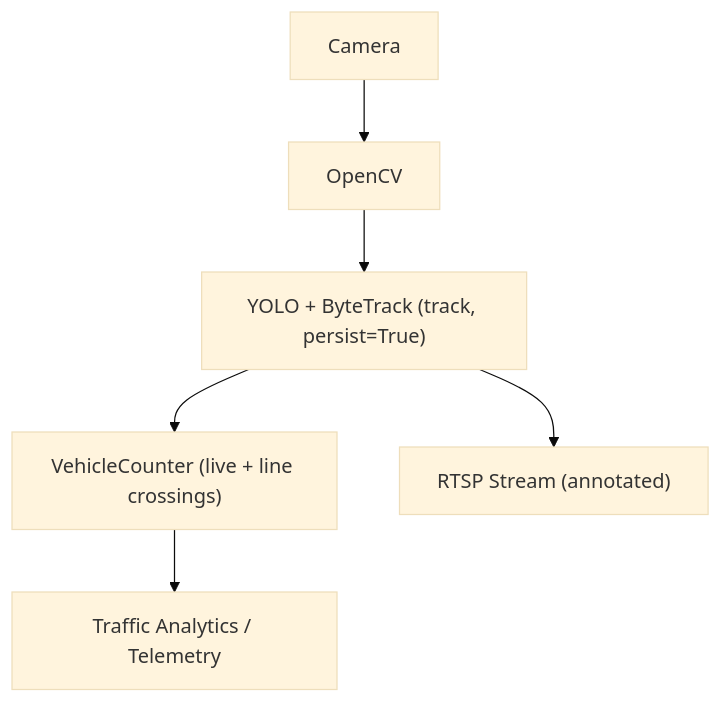
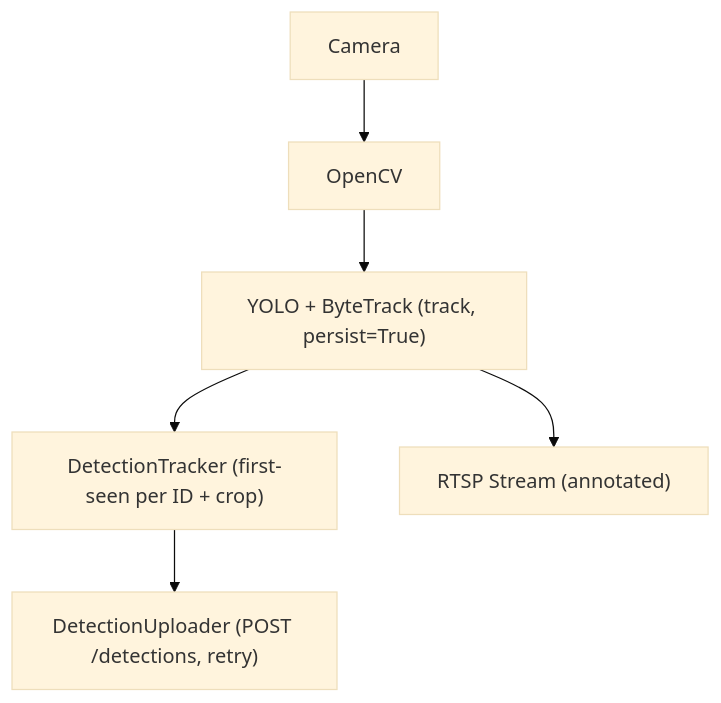
Before and after one commit to vclane/vclane-docs: the second of 3 diagrams in docs/edge-device.md, drawn with Mermaid (base theme). The commit also changed other lines of this file and 9 other files, not shown here.

Commit message:
docs: no-count edge, unified detection module, queue gate on POST /detections (2.7.0)

````diff
--- a/docs/edge-device.md
+++ b/docs/edge-device.md
@@ -88,8 +86,8 @@
 ```mermaid
 graph TD
     Camera --> OpenCV
     OpenCV --> TRACK["YOLO + ByteTrack (track, persist=True)"]
-    TRACK --> Counter["VehicleCounter (live + line crossings)"]
-    Counter --> Analytics["Traffic Analytics / Telemetry"]
+    TRACK --> Detect["DetectionTracker (first-seen per ID + crop)"]
+    Detect --> Upload["DetectionUploader (POST /detections, retry)"]
     TRACK --> RTSP["RTSP Stream (annotated)"]
 ```
````
